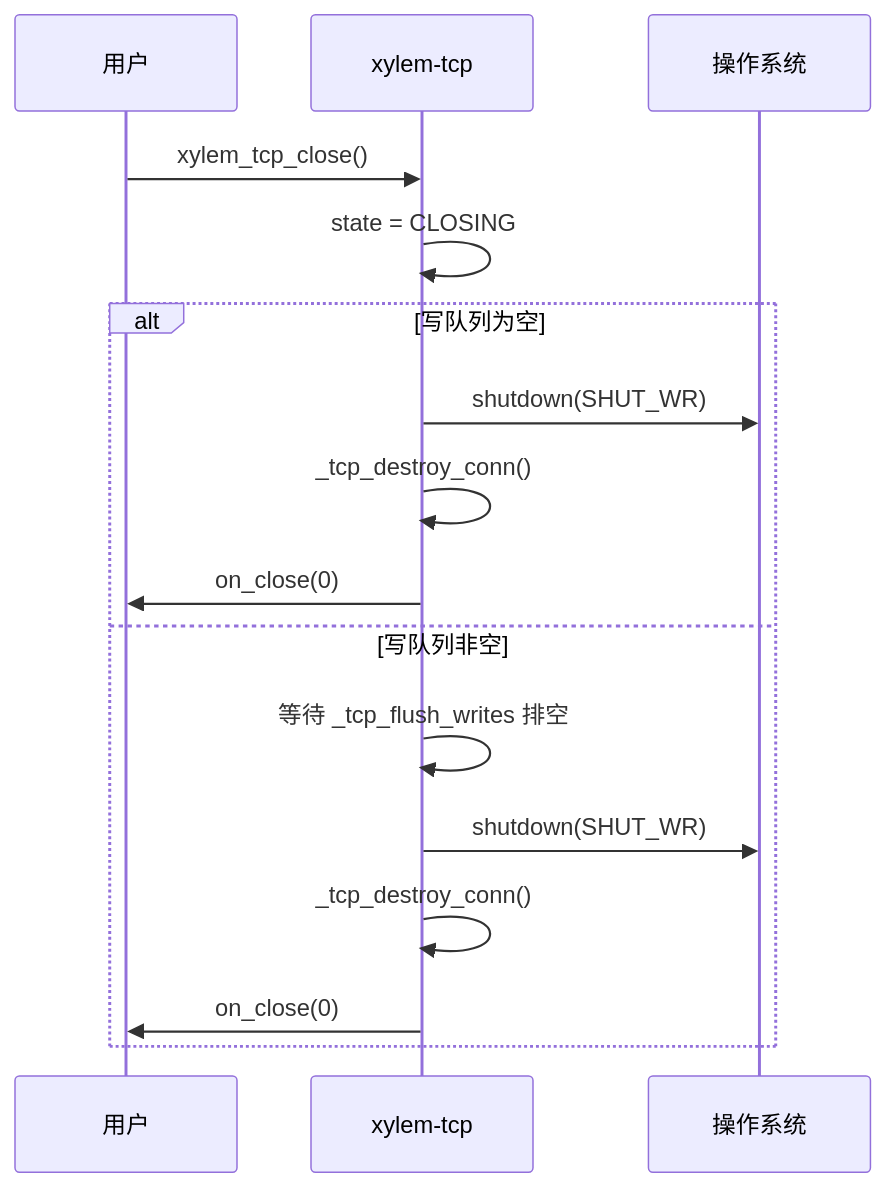
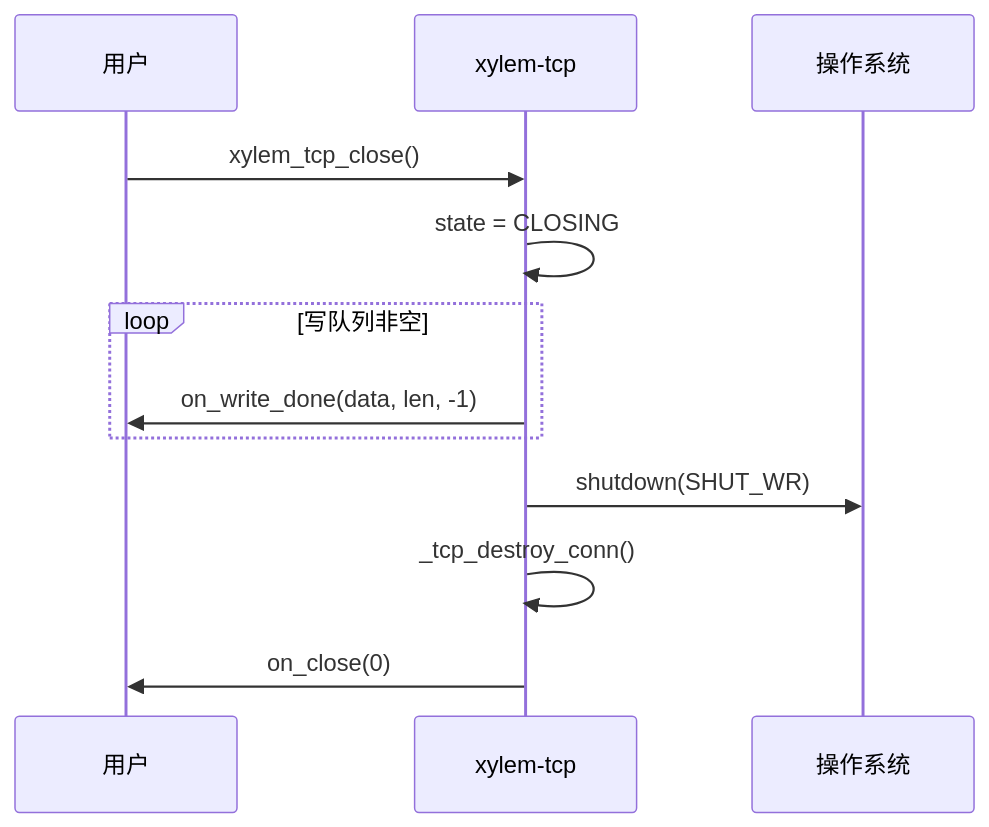
One commit to MeristemForge/Xylem changed the fourth of 4 diagrams in docs/tcp-design.md. Above: the diagram before and after it, drawn with Mermaid. The commit also changed other lines of this file and 3 other files, not shown here.

Commit message:
docs(tcp): update design docs for synchronous close semantics

````diff
--- a/docs/tcp-design.md
+++ b/docs/tcp-design.md
@@ -322,19 +319,15 @@
 ```mermaid
 sequenceDiagram
     participant User as 用户
     participant TCP as xylem-tcp
     participant OS as 操作系统
 
     User->>TCP: xylem_tcp_close()
     TCP->>TCP: state = CLOSING
-    alt 写队列为空
-        TCP->>OS: shutdown(SHUT_WR)
-        TCP->>TCP: _tcp_destroy_conn()
-        TCP->>User: on_close(0)
-    else 写队列非空
-        TCP->>TCP: 等待 _tcp_flush_writes 排空
-        TCP->>OS: shutdown(SHUT_WR)
-        TCP->>TCP: _tcp_destroy_conn()
-        TCP->>User: on_close(0)
+    loop 写队列非空
+        TCP->>User: on_write_done(data, len, -1)
     end
+    TCP->>OS: shutdown(SHUT_WR)
+    TCP->>TCP: _tcp_destroy_conn()
+    TCP->>User: on_close(0)
 ```
````
